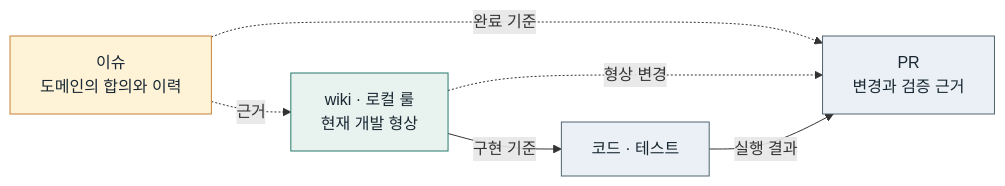
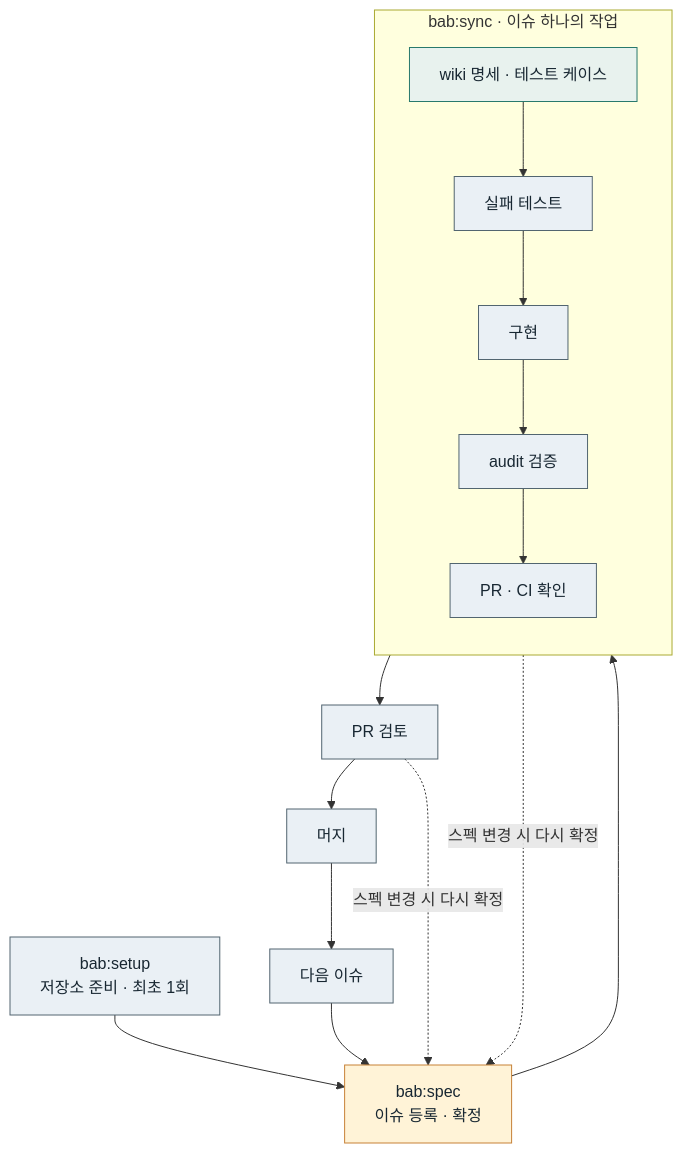
Before and after one commit to freevue/bab-skill: the diagram in README.md, drawn with Mermaid. The commit also changed other lines of this file and 6 other files, not shown here.

````diff
--- a/README.md
+++ b/README.md
@@ -40,15 +30,21 @@
 ```mermaid
-flowchart LR
-  issue["이슈<br/>도메인의 합의와 이력"] -. "근거" .-> wiki["wiki · 로컬 룰<br/>현재 개발 형상"]
-  wiki -->|구현 기준| code["코드 · 테스트"]
-  issue -. "완료 기준" .-> pr["PR<br/>변경과 검증 근거"]
-  wiki -. "형상 변경" .-> pr
-  code -->|실행 결과| pr
+flowchart TD
+  setup["bab:setup<br/>저장소 준비 · 최초 1회"] --> spec["bab:spec<br/>이슈 등록 · 확정"]
+  spec --> wiki
+
+  subgraph sync["bab:sync · 이슈 하나의 작업"]
+    direction TB
+    wiki["wiki 명세 · 테스트 케이스"] --> test["실패 테스트"] --> code["구현"] --> audit["audit 검증"] --> pr["PR · CI 확인"]
+  end
+
+  pr --> review["PR 검토"] --> merge["머지"] --> next["다음 이슈"] --> spec
+  audit -. "스펙 변경 시 다시 확정" .-> spec
+  review -. "스펙 변경 시 다시 확정" .-> spec
 
   classDef history fill:#FFF3D7,stroke:#C78137,color:#182732
   classDef baseline fill:#E8F2EE,stroke:#28796C,color:#182732
   classDef evidence fill:#EAF0F5,stroke:#526570,color:#182732
-  class issue history
+  class spec history
   class wiki baseline
-  class code,pr evidence
+  class setup,test,code,audit,pr,review,merge,next evidence
 ```
````
